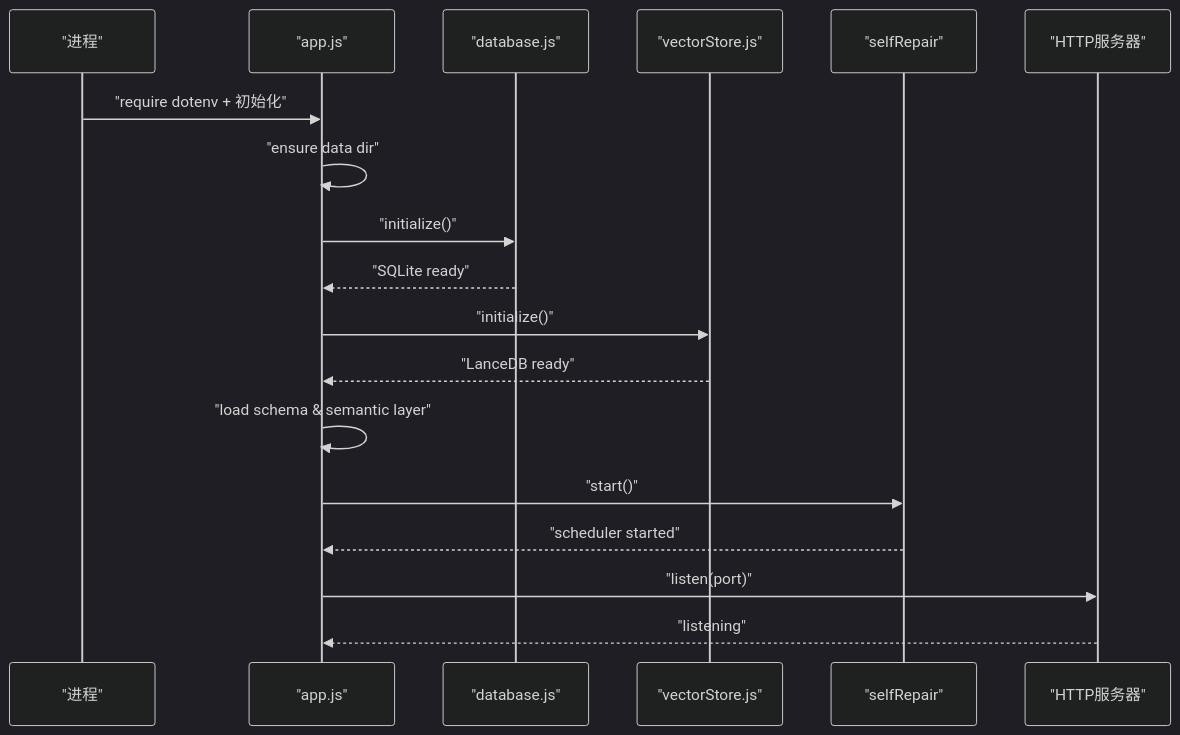
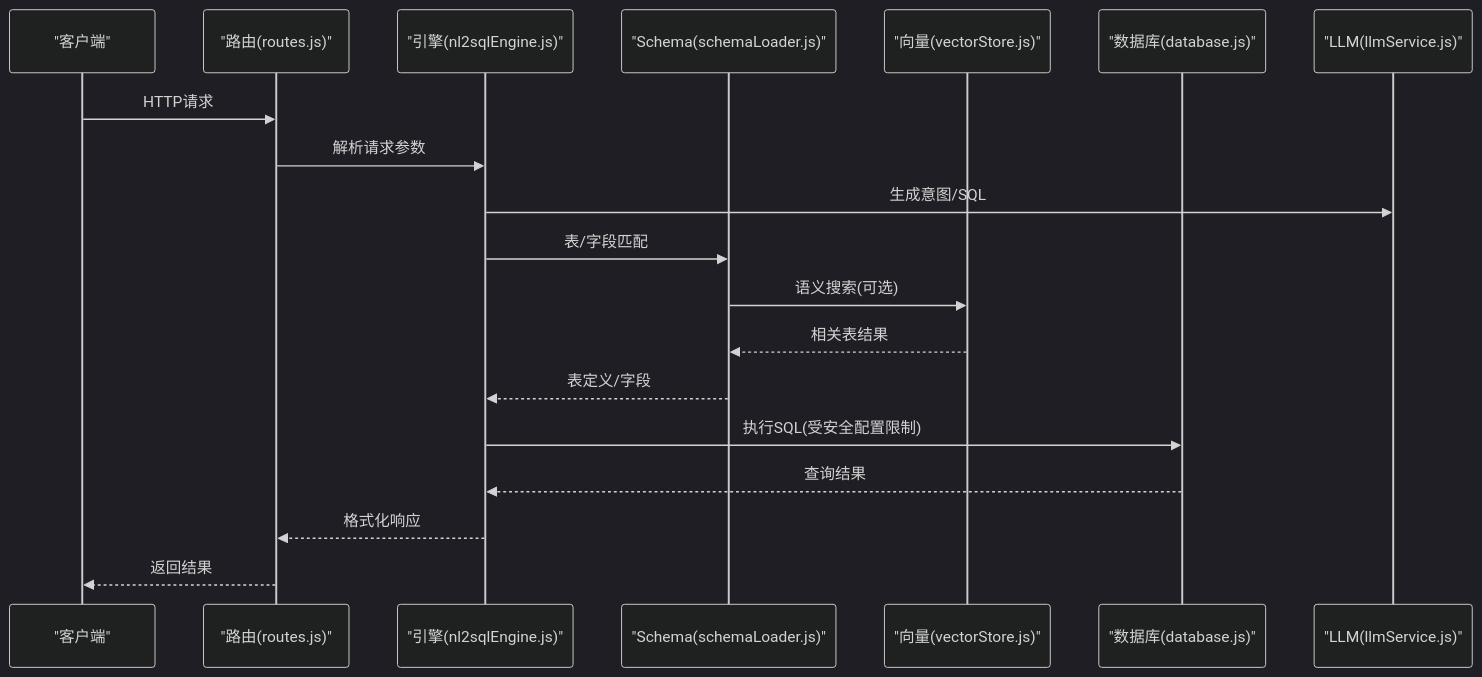
One commit to HanHuiOnLine/724-office changed the second of 6 diagrams in NL2SQL/.qoder/repowiki/zh/content/部署与运维/性能调优.md. Above: the diagram before and after it, drawn with Mermaid (dark theme). The commit also changed other lines of this file and 207 other files, not shown here.

````diff
--- a/NL2SQL/.qoder/repowiki/zh/content/部署与运维/性能调优.md
+++ b/NL2SQL/.qoder/repowiki/zh/content/部署与运维/性能调优.md
@@ -99,20 +135,21 @@
 ```mermaid
 sequenceDiagram
-participant Proc as "进程"
-participant App as "app.js"
-participant DB as "database.js"
-participant VS as "vectorStore.js"
-participant SR as "selfRepair"
-participant Srv as "HTTP服务器"
-Proc->>App : "require dotenv + 初始化"
-App->>App : "ensure data dir"
-App->>DB : "initialize()"
-DB-->>App : "SQLite ready"
-App->>VS : "initialize()"
-VS-->>App : "LanceDB ready"
-App->>App : "load schema & semantic layer"
-App->>SR : "start()"
-SR-->>App : "scheduler started"
-App->>Srv : "listen(port)"
-Srv-->>App : "listening"
+participant C as "客户端"
+participant R as "路由(routes.js)"
+participant E as "引擎(nl2sqlEngine.js)"
+participant S as "Schema(schemaLoader.js)"
+participant V as "向量(vectorStore.js)"
+participant D as "数据库(database.js)"
+participant L as "LLM(llmService.js)"
+C->>R : HTTP请求
+R->>E : 解析请求参数
+E->>L : 生成意图/SQL
+E->>S : 表/字段匹配
+S->>V : 语义搜索(可选)
+V-->>S : 相关表结果
+S-->>E : 表定义/字段
+E->>D : 执行SQL(受安全配置限制)
+D-->>E : 查询结果
+E-->>R : 格式化响应
+R-->>C : 返回结果
 ```
````
